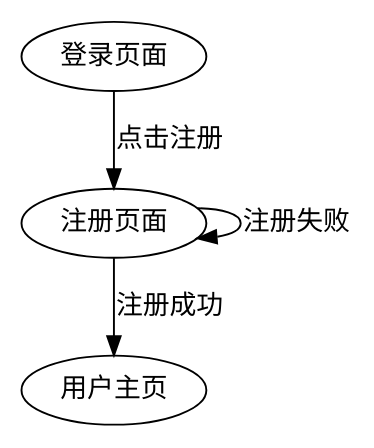
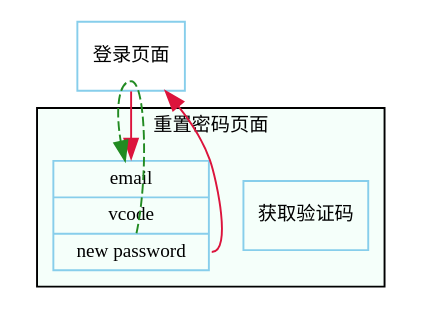
Before and after one commit to keeword/ResPlat: the diagram in docs/flow/reset_password.dot, drawn with Graphviz. The commit also changed 8 other files, not shown here.

```diff
--- a/docs/flow/reset_password.dot
+++ b/docs/flow/reset_password.dot
@@ -1,14 +1,28 @@
-digraph login {
-rankdir=TB;
+digraph reset_password {
 fontname = "SimHei";
-fontsize = 12;       
+fontsize = 10;       
+rankdir = TB;
+
+node [fontname = "SimHei", fontsize = 10, color="skyblue", shape="box"];
+edge [fontname = "SimHei", fontsize = 10, color="crimson", style="solid"];
 
 login_page [label="登录页面"];
-register_page [label="注册页面"];
-index_page [label="用户主页"];
+vcode_button [label="获取验证码"];
 
-login_page -> register_page [label="点击注册"];
-register_page -> index_page [label="注册成功"];
-register_page -> register_page [label="注册失败"];
+node [shape="record"];
+
+reset_page [label="{<head>email|vcode|<tail>new password}"];
+
+        subgraph cluster_reset_page {
+        label="重置密码页面";
+        bgcolor="mintcream";
+        reset_page;
+        vcode_button;
+        }
+
+login_page -> reset_page:head;
+reset_page:tail -> login_page;
+reset_page:tail -> reset_page:head [style="dashed", color="forestgreen"];
+
 
 }
```
